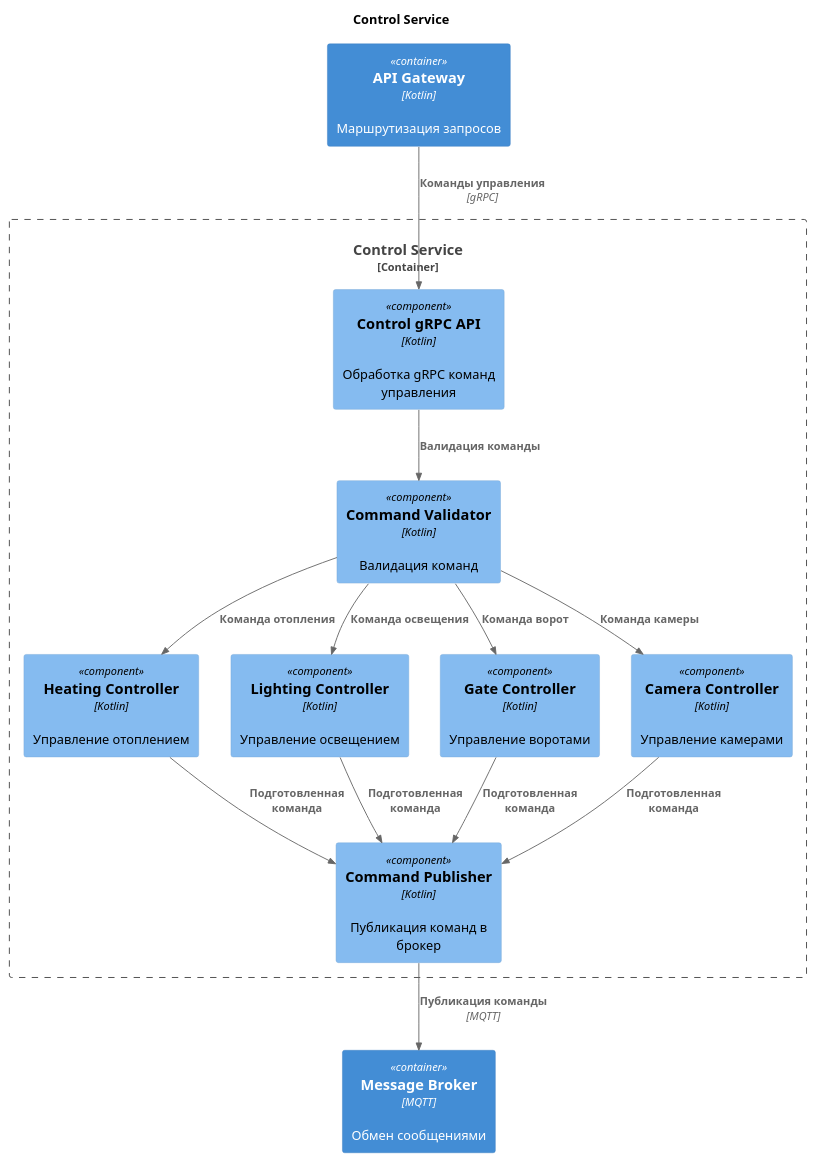
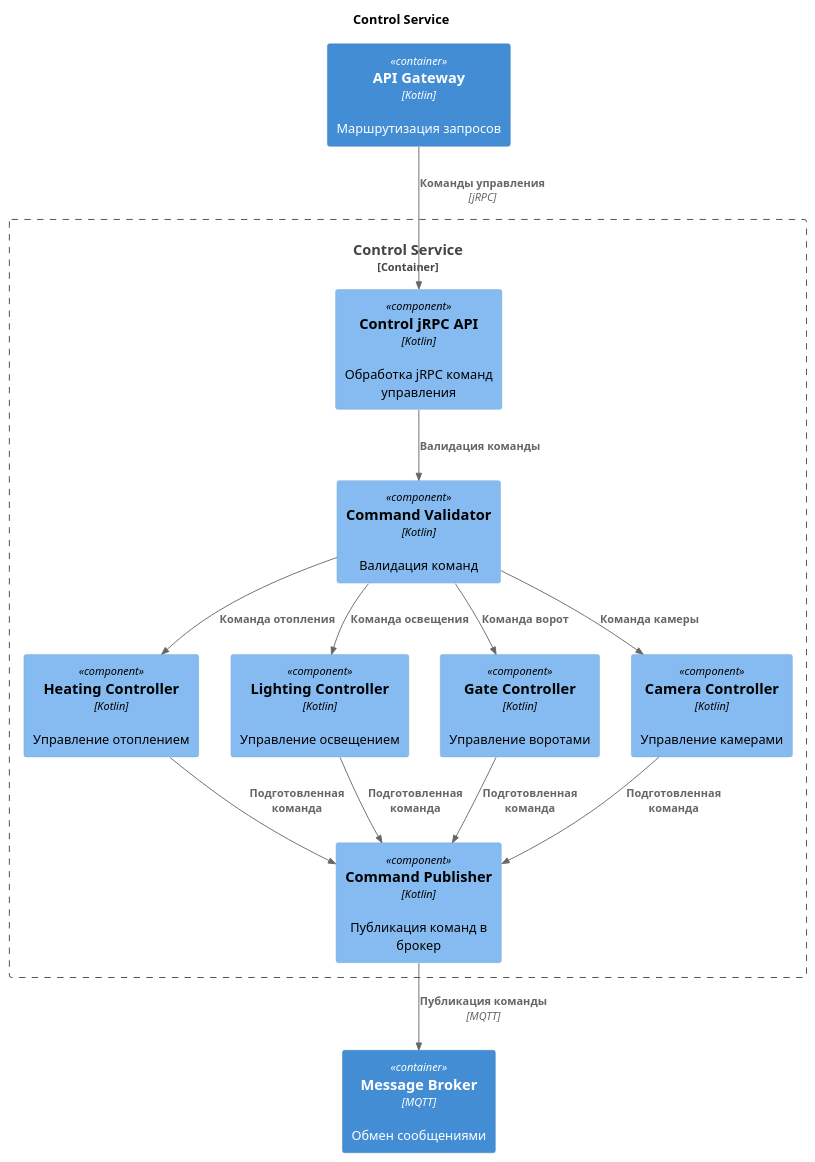
One commit to svNikitij/architecture-warmhouse-docs changed the diagram in uml/components/ToBeComponentsLairControlService.puml. Above: the diagram before and after it, drawn with PlantUML. The commit also changed 8 other files, not shown here.

```diff
--- a/uml/components/ToBeComponentsLairControlService.puml
+++ b/uml/components/ToBeComponentsLairControlService.puml
@@ -1,32 +1,32 @@
 @startuml
 title Control Service
 
 !includeurl https://raw.githubusercontent.com/RicardoNiepel/C4-PlantUML/master/C4_Component.puml
 
 Container(api_gateway, "API Gateway", "Kotlin", "Маршрутизация запросов")
 Container(broker, "Message Broker", "MQTT", "Обмен сообщениями")
 
 Container_Boundary(control_service_boundary, "Control Service") {
-    Component(control_grpc_api, "Control gRPC API", "Kotlin", "Обработка gRPC команд управления")
+    Component(control_jRPC_api, "Control jRPC API", "Kotlin", "Обработка jRPC команд управления")
     Component(control_command_validator, "Command Validator", "Kotlin", "Валидация команд")
     Component(control_heating_controller, "Heating Controller", "Kotlin", "Управление отоплением")
     Component(control_lighting_controller, "Lighting Controller", "Kotlin", "Управление освещением")
     Component(control_gate_controller, "Gate Controller", "Kotlin", "Управление воротами")
     Component(control_camera_controller, "Camera Controller", "Kotlin", "Управление камерами")
     Component(control_command_publisher, "Command Publisher", "Kotlin", "Публикация команд в брокер")
 }
 
-Rel(control_grpc_api, control_command_validator, "Валидация команды")
+Rel(control_jRPC_api, control_command_validator, "Валидация команды")
 Rel(control_command_validator, control_heating_controller, "Команда отопления")
 Rel(control_command_validator, control_lighting_controller, "Команда освещения")
 Rel(control_command_validator, control_gate_controller, "Команда ворот")
 Rel(control_command_validator, control_camera_controller, "Команда камеры")
 Rel(control_heating_controller, control_command_publisher, "Подготовленная команда")
 Rel(control_lighting_controller, control_command_publisher, "Подготовленная команда")
 Rel(control_gate_controller, control_command_publisher, "Подготовленная команда")
 Rel(control_camera_controller, control_command_publisher, "Подготовленная команда")
 Rel(control_command_publisher, broker, "Публикация команды", "MQTT")
-Rel(api_gateway, control_grpc_api, "Команды управления", "gRPC")
+Rel(api_gateway, control_jRPC_api, "Команды управления", "jRPC")
 
 
 @enduml
```
